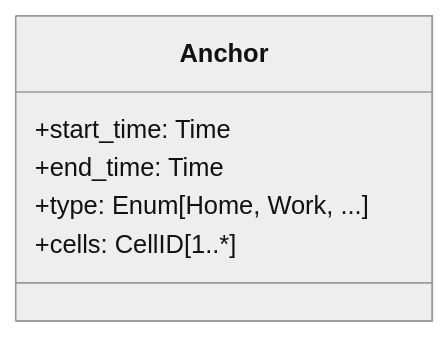
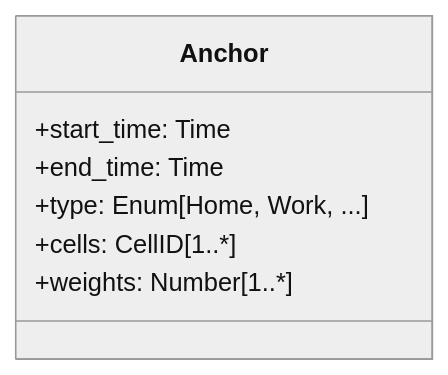
One commit to djvanderlaan/pipeline changed the fourth of 7 diagrams in README.md. Above: the diagram before and after it, drawn with Mermaid (neutral theme). The commit also changed other lines of this file, not shown here.

````diff
--- a/README.md
+++ b/README.md
@@ -100,9 +104,10 @@
 ```mermaid
 classDiagram
   class Anchor {
     +start_time: Time
     +end_time: Time
     +type: Enum[Home, Work, ...]
     +cells: CellID[1..*]
+    +weights: Number[1..*]
   }
 ```
````
